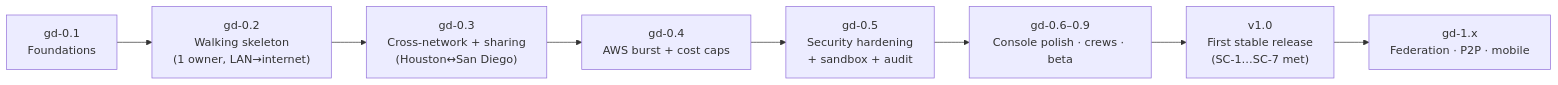
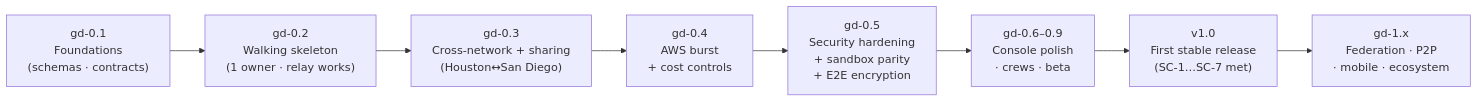
The fourth of 4 diagrams in GruperDistributedSpec.md (jnowat/gruper), drawn with Mermaid before and after one commit. The commit also changed other lines of this file, not shown here.

````diff
--- a/GruperDistributedSpec.md
+++ b/GruperDistributedSpec.md
@@ -468,10 +536,13 @@
 ```mermaid
 flowchart LR
-    D0["gd-0.1\nFoundations"] --> D1["gd-0.2\nWalking skeleton\n(1 owner, LAN→internet)"]
-    D1 --> D2["gd-0.3\nCross-network + sharing\n(Houston↔San Diego)"]
-    D2 --> D3["gd-0.4\nAWS burst + cost caps"]
-    D3 --> D4["gd-0.5\nSecurity hardening\n+ sandbox + audit"]
-    D4 --> D5["gd-0.6–0.9\nConsole polish · crews · beta"]
-    D5 --> V1["v1.0\nFirst stable release\n(SC-1…SC-7 met)"]
-    V1 --> P["gd-1.x\nFederation · P2P · mobile"]
+    G0["gd-0.1\nFoundations\n(schemas · contracts)"]
+    G1["gd-0.2\nWalking skeleton\n(1 owner · relay works)"]
+    G2["gd-0.3\nCross-network + sharing\n(Houston↔San Diego)"]
+    G3["gd-0.4\nAWS burst\n+ cost controls"]
+    G4["gd-0.5\nSecurity hardening\n+ sandbox parity\n+ E2E encryption"]
+    G5["gd-0.6–0.9\nConsole polish\n· crews · beta"]
+    V1["v1.0\nFirst stable release\n(SC-1…SC-7 met)"]
+    P1["gd-1.x\nFederation · P2P\n· mobile · ecosystem"]
+
+    G0 --> G1 --> G2 --> G3 --> G4 --> G5 --> V1 --> P1
 ```
````
